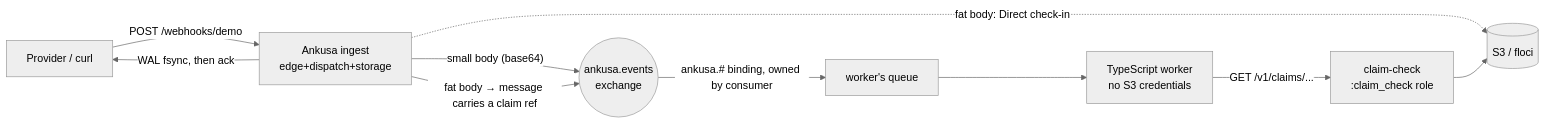
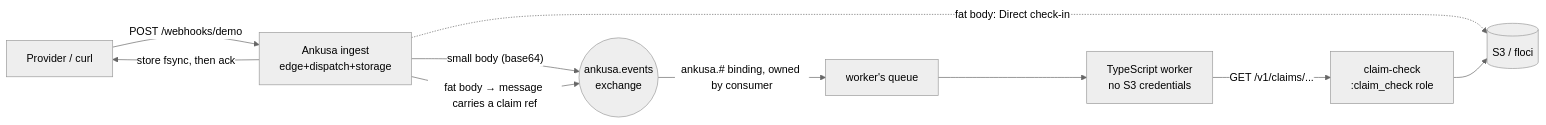
One commit to jamescarr/ankusa changed the diagram in examples/rabbitmq-consumer/README.md. Above: the diagram before and after it, drawn with Mermaid (neutral theme). The commit also changed other lines of this file and 129 other files, not shown here.

Commit message:
feat(store)!: one RocksDB store replaces the WAL, DLQ and state files (#54)

````diff
--- a/examples/rabbitmq-consumer/README.md
+++ b/examples/rabbitmq-consumer/README.md
@@ -8,12 +8,12 @@
 ```mermaid
 flowchart LR
     P[Provider / curl] -->|POST /webhooks/demo| I[Ankusa ingest\nedge+dispatch+storage]
-    I -->|WAL fsync, then ack| P
+    I -->|store fsync, then ack| P
     I -->|"small body (base64)"| X((ankusa.events\nexchange))
     I -.fat body: Direct check-in.-> S[(S3 / floci)]
     I -->|"fat body → message carries a claim ref"| X
     X -->|ankusa.# binding, owned by consumer| Q[worker's queue]
     Q --> W[TypeScript worker\nno S3 credentials]
     W -->|GET /v1/claims/...| CC[claim-check\n:claim_check role]
     CC --> S
 ```
````
